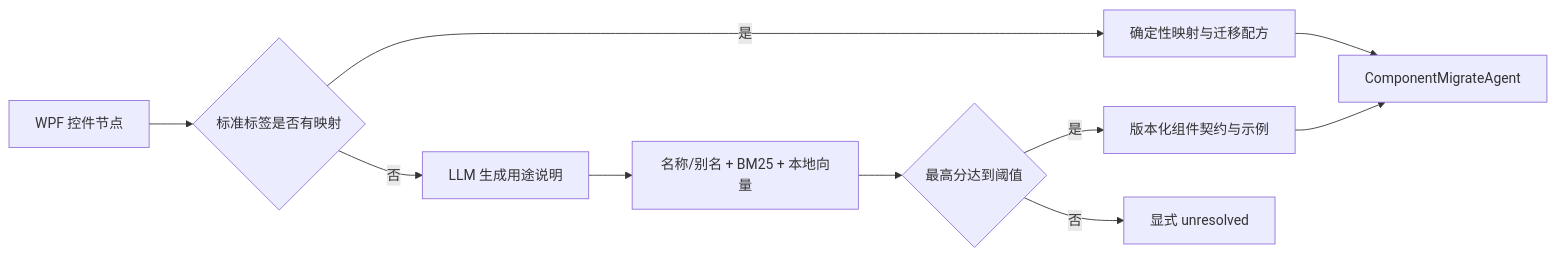
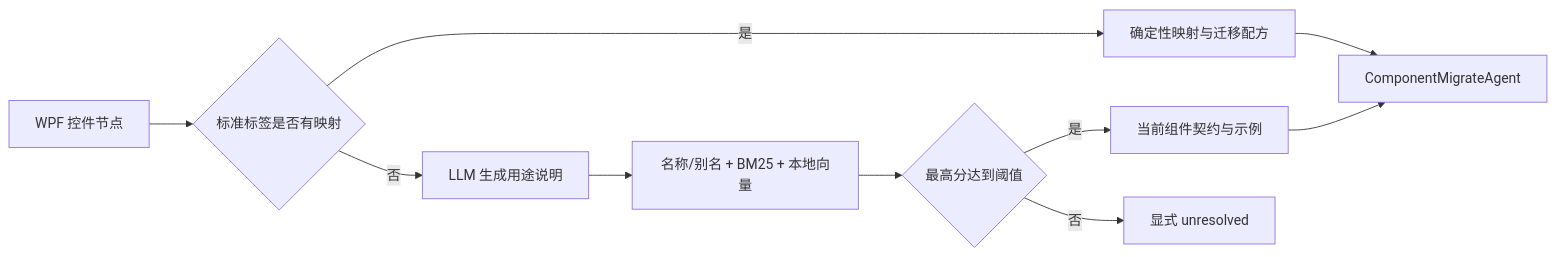
The diagram in docs/guides/component-knowledge-base.md (MengYan313/WPF2React), drawn with Mermaid before and after one commit. The commit also changed other lines of this file and 186 other files, not shown here.

````diff
--- a/docs/guides/component-knowledge-base.md
+++ b/docs/guides/component-knowledge-base.md
@@ -31,12 +29,12 @@
 ```mermaid
 flowchart LR
     X["WPF 控件节点"] --> T{"标准标签是否有映射"}
     T -->|是| M["确定性映射与迁移配方"]
     T -->|否| Q["LLM 生成用途说明"]
     Q --> H["名称/别名 + BM25 + 本地向量"]
     H --> C{"最高分达到阈值"}
-    C -->|是| D["版本化组件契约与示例"]
+    C -->|是| D["当前组件契约与示例"]
     C -->|否| U["显式 unresolved"]
     M --> G["ComponentMigrateAgent"]
     D --> G
 ```
````
